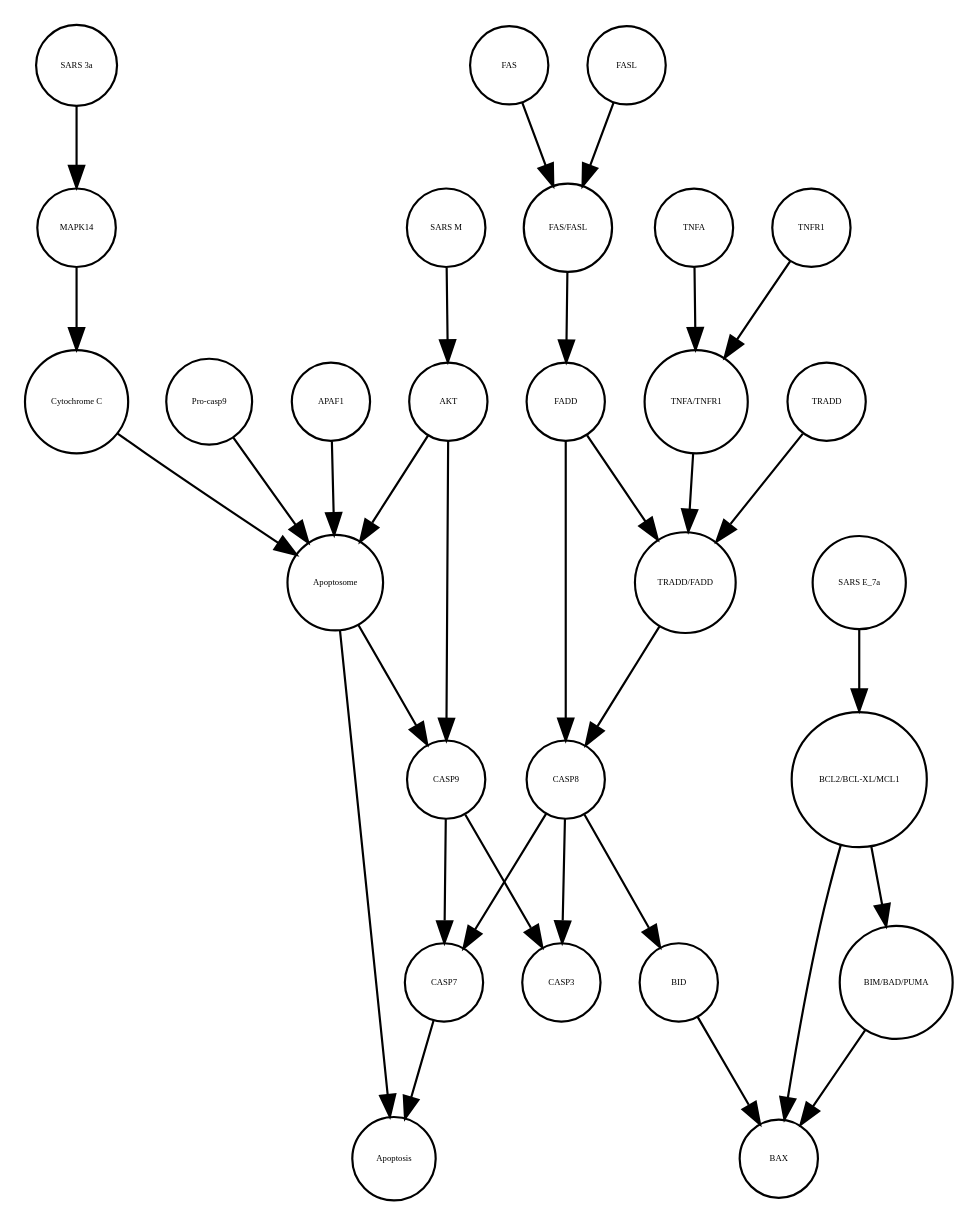
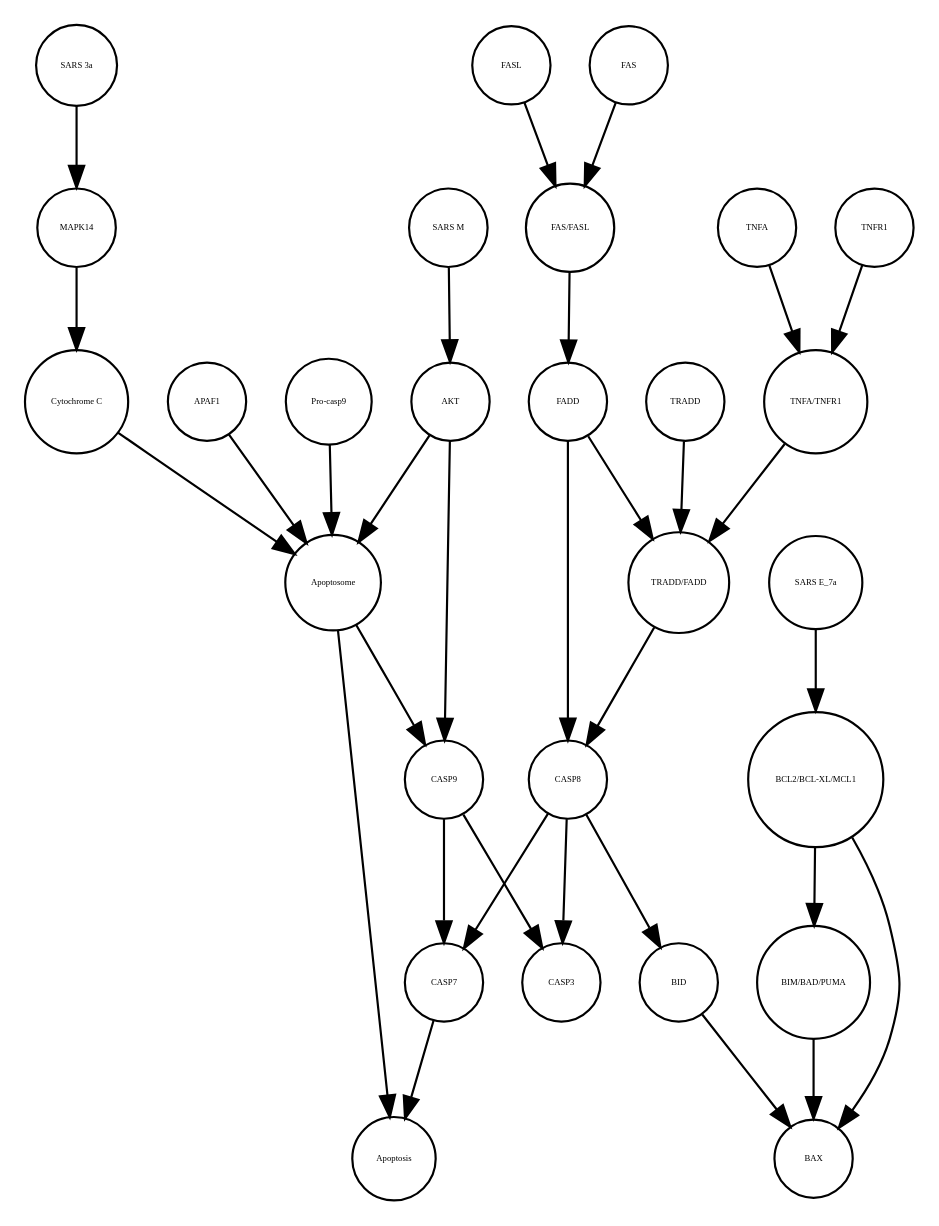
The diagram in Apoptosis_VS_SSA_AN.xml_projected.dot (cannin/covid19-sbgn), drawn with Graphviz before and after one commit. The commit also changed other lines of this file and 564 other files, not shown here.

```diff
--- a/Apoptosis_VS_SSA_AN.xml_projected.dot
+++ b/Apoptosis_VS_SSA_AN.xml_projected.dot
@@ -1,60 +1,60 @@
 strict digraph  {
 CASP7 [annotation="", bipartite=0, cls=macromolecule, fontsize=4, label=CASP7, shape=circle];
 Apoptosis [annotation="", bipartite=0, cls=phenotype, fontsize=4, label=Apoptosis, shape=circle];
 Apoptosome [annotation="", bipartite=0, cls=complex, fontsize=4, label=Apoptosome, shape=circle];
+"TRADD/FADD" [annotation="", bipartite=0, cls=complex, fontsize=4, label="TRADD/FADD", shape=circle];
+BID [annotation="", bipartite=0, cls=macromolecule, fontsize=4, label=BID, shape=circle];
+AKT [annotation="", bipartite=0, cls=macromolecule, fontsize=4, label=AKT, shape=circle];
+FAS [annotation="", bipartite=0, cls=macromolecule, fontsize=4, label=FAS, shape=circle];
+"Pro-casp9" [annotation="", bipartite=0, cls=macromolecule, fontsize=4, label="Pro-casp9", shape=circle];
+"FAS/FASL" [annotation="", bipartite=0, cls=complex, fontsize=4, label="FAS/FASL", shape=circle];
+APAF1 [annotation="", bipartite=0, cls=macromolecule, fontsize=4, label=APAF1, shape=circle];
+"Cytochrome C" [annotation="", bipartite=0, cls=macromolecule, fontsize=4, label="Cytochrome C", shape=circle];
 "SARS M" [annotation="", bipartite=0, cls=macromolecule, fontsize=4, label="SARS M", shape=circle];
+CASP8 [annotation="", bipartite=0, cls=macromolecule, fontsize=4, label=CASP8, shape=circle];
 TNFA [annotation="", bipartite=0, cls=macromolecule, fontsize=4, label=TNFA, shape=circle];
+CASP3 [annotation="", bipartite=0, cls=macromolecule, fontsize=4, label=CASP3, shape=circle];
+"BIM/BAD/PUMA" [annotation="", bipartite=0, cls=complex, fontsize=4, label="BIM/BAD/PUMA", shape=circle];
+"SARS 3a" [annotation="", bipartite=0, cls=macromolecule, fontsize=4, label="SARS 3a", shape=circle];
+MAPK14 [annotation="", bipartite=0, cls=macromolecule, fontsize=4, label=MAPK14, shape=circle];
+CASP9 [annotation="", bipartite=0, cls=macromolecule, fontsize=4, label=CASP9, shape=circle];
+FADD [annotation="", bipartite=0, cls=macromolecule, fontsize=4, label=FADD, shape=circle];
+"BCL2/BCL-XL/MCL1" [annotation="", bipartite=0, cls=complex, fontsize=4, label="BCL2/BCL-XL/MCL1", shape=circle];
+TRADD [annotation="", bipartite=0, cls=macromolecule, fontsize=4, label=TRADD, shape=circle];
+FASL [annotation="", bipartite=0, cls=macromolecule, fontsize=4, label=FASL, shape=circle];
+BAX [annotation="", bipartite=0, cls=macromolecule, fontsize=4, label=BAX, shape=circle];
+TNFR1 [annotation="", bipartite=0, cls=macromolecule, fontsize=4, label=TNFR1, shape=circle];
 "TNFA/TNFR1" [annotation="", bipartite=0, cls=complex, fontsize=4, label="TNFA/TNFR1", shape=circle];
-CASP3 [annotation="", bipartite=0, cls=macromolecule, fontsize=4, label=CASP3, shape=circle];
-BAX [annotation="", bipartite=0, cls=macromolecule, fontsize=4, label=BAX, shape=circle];
-APAF1 [annotation="", bipartite=0, cls=macromolecule, fontsize=4, label=APAF1, shape=circle];
-"BCL2/BCL-XL/MCL1" [annotation="", bipartite=0, cls=complex, fontsize=4, label="BCL2/BCL-XL/MCL1", shape=circle];
-FASL [annotation="", bipartite=0, cls=macromolecule, fontsize=4, label=FASL, shape=circle];
-BID [annotation="", bipartite=0, cls=macromolecule, fontsize=4, label=BID, shape=circle];
-CASP8 [annotation="", bipartite=0, cls=macromolecule, fontsize=4, label=CASP8, shape=circle];
-TNFR1 [annotation="", bipartite=0, cls=macromolecule, fontsize=4, label=TNFR1, shape=circle];
-FAS [annotation="", bipartite=0, cls=macromolecule, fontsize=4, label=FAS, shape=circle];
-"SARS 3a" [annotation="", bipartite=0, cls=macromolecule, fontsize=4, label="SARS 3a", shape=circle];
-CASP9 [annotation="", bipartite=0, cls=macromolecule, fontsize=4, label=CASP9, shape=circle];
-TRADD [annotation="", bipartite=0, cls=macromolecule, fontsize=4, label=TRADD, shape=circle];
-AKT [annotation="", bipartite=0, cls=macromolecule, fontsize=4, label=AKT, shape=circle];
-FADD [annotation="", bipartite=0, cls=macromolecule, fontsize=4, label=FADD, shape=circle];
-MAPK14 [annotation="", bipartite=0, cls=macromolecule, fontsize=4, label=MAPK14, shape=circle];
-"FAS/FASL" [annotation="", bipartite=0, cls=complex, fontsize=4, label="FAS/FASL", shape=circle];
-"TRADD/FADD" [annotation="", bipartite=0, cls=complex, fontsize=4, label="TRADD/FADD", shape=circle];
-"Pro-casp9" [annotation="", bipartite=0, cls=macromolecule, fontsize=4, label="Pro-casp9", shape=circle];
-"BIM/BAD/PUMA" [annotation="", bipartite=0, cls=complex, fontsize=4, label="BIM/BAD/PUMA", shape=circle];
 "SARS E_7a" [annotation="", bipartite=0, cls=macromolecule, fontsize=4, label="SARS E_7a", shape=circle];
-"Cytochrome C" [annotation="", bipartite=0, cls=macromolecule, fontsize=4, label="Cytochrome C", shape=circle];
 CASP7 -> Apoptosis  [annotation="", interaction_type=stimulation];
 Apoptosome -> Apoptosis  [annotation="", interaction_type=stimulation];
 Apoptosome -> CASP9  [annotation="urn_miriam_kegg.pathway_hsa04210", interaction_type=catalysis];
+"TRADD/FADD" -> CASP8  [annotation="urn_miriam_kegg.pathway_hsa04210", interaction_type=catalysis];
+BID -> BAX  [annotation=urn_miriam_pubmed_31226023, interaction_type=catalysis];
+AKT -> CASP9  [annotation="urn_miriam_kegg.pathway_hsa04210", interaction_type=inhibition];
+AKT -> Apoptosome  [annotation="urn_miriam_kegg.pathway_hsa04210", interaction_type=inhibition];
+FAS -> "FAS/FASL"  [annotation="", interaction_type=production];
+"Pro-casp9" -> Apoptosome  [annotation="", interaction_type=production];
+"FAS/FASL" -> FADD  [annotation="urn_miriam_kegg.pathway_hsa04210", interaction_type=catalysis];
+APAF1 -> Apoptosome  [annotation="", interaction_type=production];
+"Cytochrome C" -> Apoptosome  [annotation="", interaction_type=production];
 "SARS M" -> AKT  [annotation=urn_miriam_pubmed_31226023, interaction_type=inhibition];
+CASP8 -> CASP3  [annotation="urn_miriam_kegg.pathway_hsa04210", interaction_type=catalysis];
+CASP8 -> BID  [annotation="urn_miriam_kegg.pathway_hsa04210", interaction_type=catalysis];
+CASP8 -> CASP7  [annotation="urn_miriam_kegg.pathway_hsa04210", interaction_type=catalysis];
 TNFA -> "TNFA/TNFR1"  [annotation="", interaction_type=production];
-"TNFA/TNFR1" -> "TRADD/FADD"  [annotation="urn_miriam_kegg.pathway_hsa04210", interaction_type=catalysis];
-APAF1 -> Apoptosome  [annotation="", interaction_type=production];
-"BCL2/BCL-XL/MCL1" -> "BIM/BAD/PUMA"  [annotation="", interaction_type=inhibition];
-"BCL2/BCL-XL/MCL1" -> BAX  [annotation=urn_miriam_pubmed_31226023, interaction_type=inhibition];
-FASL -> "FAS/FASL"  [annotation="", interaction_type=production];
-BID -> BAX  [annotation=urn_miriam_pubmed_31226023, interaction_type=catalysis];
-CASP8 -> CASP7  [annotation="urn_miriam_kegg.pathway_hsa04210", interaction_type=catalysis];
-CASP8 -> BID  [annotation="urn_miriam_kegg.pathway_hsa04210", interaction_type=catalysis];
-CASP8 -> CASP3  [annotation="urn_miriam_kegg.pathway_hsa04210", interaction_type=catalysis];
-TNFR1 -> "TNFA/TNFR1"  [annotation="", interaction_type=production];
-FAS -> "FAS/FASL"  [annotation="", interaction_type=production];
+"BIM/BAD/PUMA" -> BAX  [annotation=urn_miriam_pubmed_31226023, interaction_type=catalysis];
 "SARS 3a" -> MAPK14  [annotation=urn_miriam_pubmed_31226023, interaction_type=catalysis];
+MAPK14 -> "Cytochrome C"  [annotation="urn_miriam_kegg.pathway_hsa04210|urn_miriam_pubmed_31226023", interaction_type=catalysis];
+CASP9 -> CASP3  [annotation="urn_miriam_kegg.pathway_hsa04210", interaction_type=catalysis];
 CASP9 -> CASP7  [annotation="urn_miriam_kegg.pathway_hsa04210", interaction_type=catalysis];
-CASP9 -> CASP3  [annotation="urn_miriam_kegg.pathway_hsa04210", interaction_type=catalysis];
-TRADD -> "TRADD/FADD"  [annotation="", interaction_type=production];
-AKT -> Apoptosome  [annotation="urn_miriam_kegg.pathway_hsa04210", interaction_type=inhibition];
-AKT -> CASP9  [annotation="urn_miriam_kegg.pathway_hsa04210", interaction_type=inhibition];
 FADD -> CASP8  [annotation="urn_miriam_kegg.pathway_hsa04210", interaction_type=catalysis];
 FADD -> "TRADD/FADD"  [annotation="", interaction_type=production];
-MAPK14 -> "Cytochrome C"  [annotation="urn_miriam_kegg.pathway_hsa04210|urn_miriam_pubmed_31226023", interaction_type=catalysis];
-"FAS/FASL" -> FADD  [annotation="urn_miriam_kegg.pathway_hsa04210", interaction_type=catalysis];
-"TRADD/FADD" -> CASP8  [annotation="urn_miriam_kegg.pathway_hsa04210", interaction_type=catalysis];
-"Pro-casp9" -> Apoptosome  [annotation="", interaction_type=production];
-"BIM/BAD/PUMA" -> BAX  [annotation=urn_miriam_pubmed_31226023, interaction_type=catalysis];
+"BCL2/BCL-XL/MCL1" -> BAX  [annotation=urn_miriam_pubmed_31226023, interaction_type=inhibition];
+"BCL2/BCL-XL/MCL1" -> "BIM/BAD/PUMA"  [annotation="", interaction_type=inhibition];
+TRADD -> "TRADD/FADD"  [annotation="", interaction_type=production];
+FASL -> "FAS/FASL"  [annotation="", interaction_type=production];
+TNFR1 -> "TNFA/TNFR1"  [annotation="", interaction_type=production];
+"TNFA/TNFR1" -> "TRADD/FADD"  [annotation="urn_miriam_kegg.pathway_hsa04210", interaction_type=catalysis];
 "SARS E_7a" -> "BCL2/BCL-XL/MCL1"  [annotation="", interaction_type=inhibition];
-"Cytochrome C" -> Apoptosome  [annotation="", interaction_type=production];
 }
```
